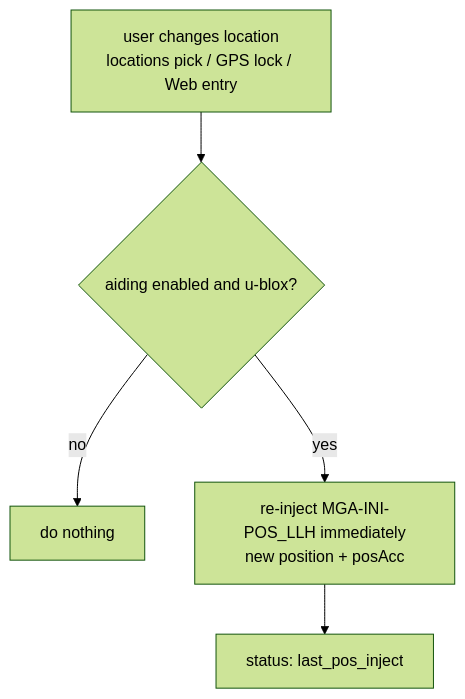
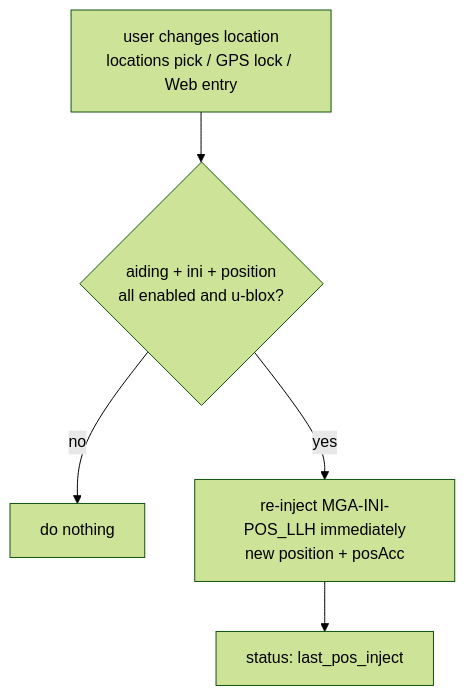
One commit to hjoungjoo/MF_PiFinder changed the fifth of 5 diagrams in docs/mf_gps_aiding_plan_en.md. Above: the diagram before and after it, drawn with Mermaid (forest theme). The commit also changed other lines of this file and 1 other file, not shown here.

First line of the commit message:
docs: make MGA-INI a user-selectable method in the GPS aiding plan

````diff
--- a/docs/mf_gps_aiding_plan_en.md
+++ b/docs/mf_gps_aiding_plan_en.md
@@ -210,7 +216,7 @@
 ```mermaid
 flowchart TD
-    A[user changes location<br/>locations pick / GPS lock / Web entry] --> B{aiding enabled and u-blox?}
+    A[user changes location<br/>locations pick / GPS lock / Web entry] --> B{aiding + ini + position<br/>all enabled and u-blox?}
     B -->|no| Z[do nothing]
     B -->|yes| C[re-inject MGA-INI-POS_LLH immediately<br/>new position + posAcc]
     C --> D[status: last_pos_inject]
 ```
````
